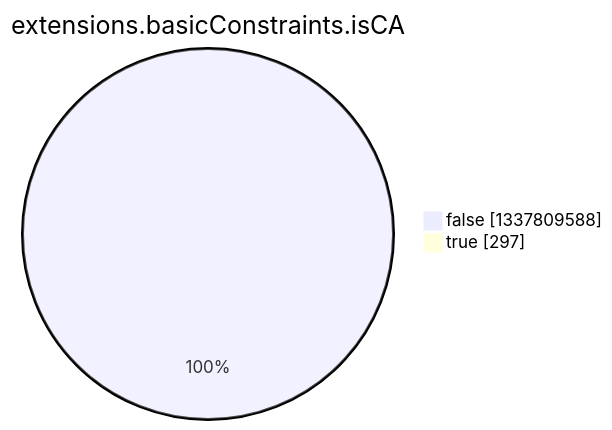
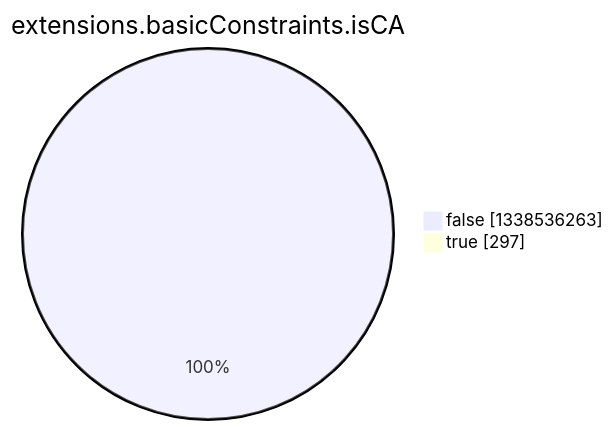
The eighth of 15 diagrams in argon2022/README.md (christiankrug/ctmonitor_visualization), drawn with Mermaid before and after one commit. The commit also changed other lines of this file, not shown here.

````diff
--- a/argon2022/README.md
+++ b/argon2022/README.md
@@ -2758,6 +2758,6 @@
 ```mermaid
 pie showData
 title extensions.basicConstraints.isCA
-"false" :1337809588
+"false" :1338536263
 "true" :297
 ```
````
